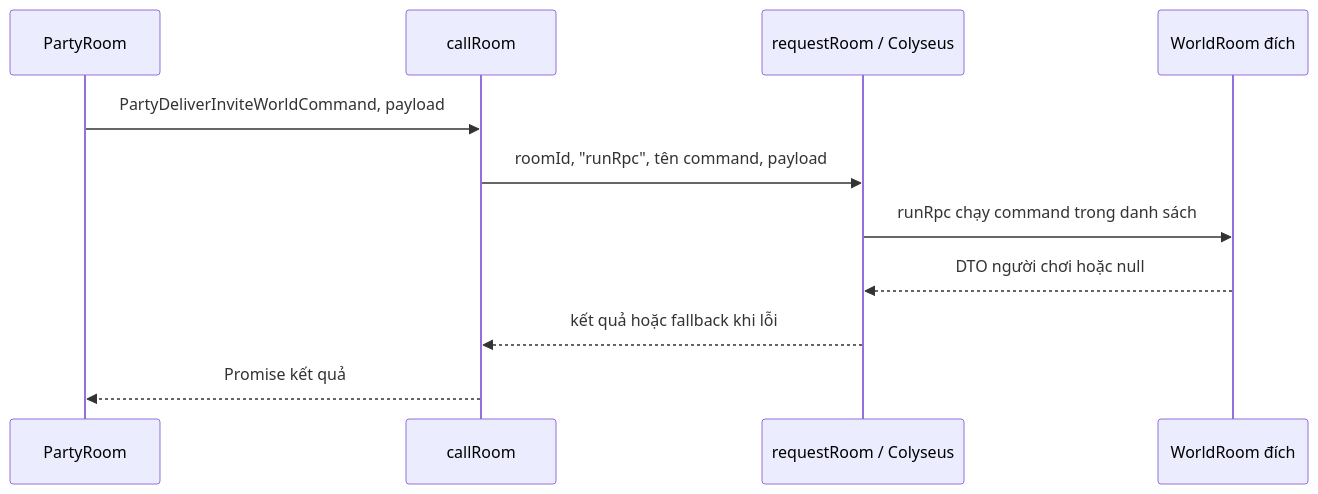
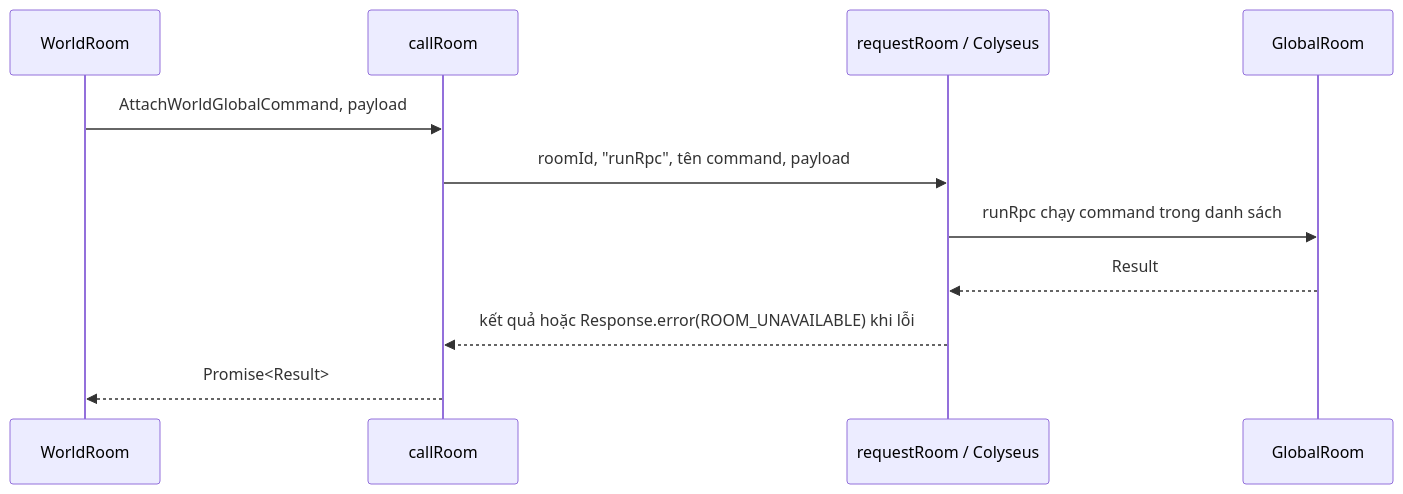
Before and after one commit to atjpta/ERPG-server: the diagram in docs/room-interactions.md, drawn with Mermaid. The commit also changed other lines of this file and 308 other files, not shown here.

````diff
--- a/docs/room-interactions.md
+++ b/docs/room-interactions.md
@@ -73,13 +64,13 @@
 ```mermaid
 sequenceDiagram
-    participant P as PartyRoom
+    participant W as WorldRoom
     participant C as callRoom
     participant T as requestRoom / Colyseus
-    participant W as WorldRoom đích
-    P->>C: PartyDeliverInviteWorldCommand, payload
+    participant G as GlobalRoom
+    W->>C: AttachWorldGlobalCommand, payload
     C->>T: roomId, "runRpc", tên command, payload
-    T->>W: runRpc chạy command trong danh sách
-    W-->>T: DTO người chơi hoặc null
-    T-->>C: kết quả hoặc fallback khi lỗi
-    C-->>P: Promise kết quả
+    T->>G: runRpc chạy command trong danh sách
+    G-->>T: Result
+    T-->>C: kết quả hoặc Response.error(ROOM_UNAVAILABLE) khi lỗi
+    C-->>W: Promise<Result>
 ```
````
